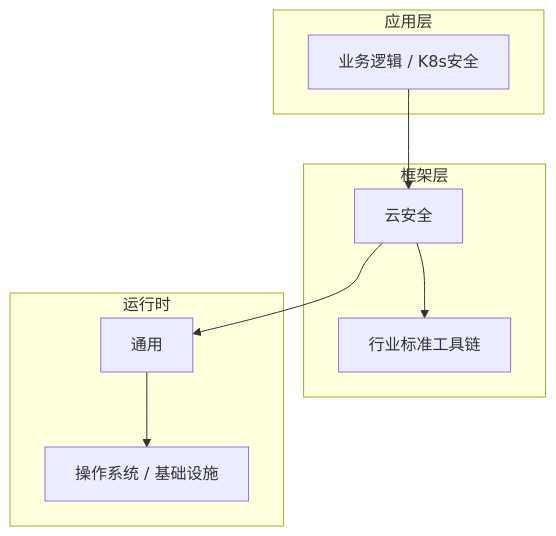
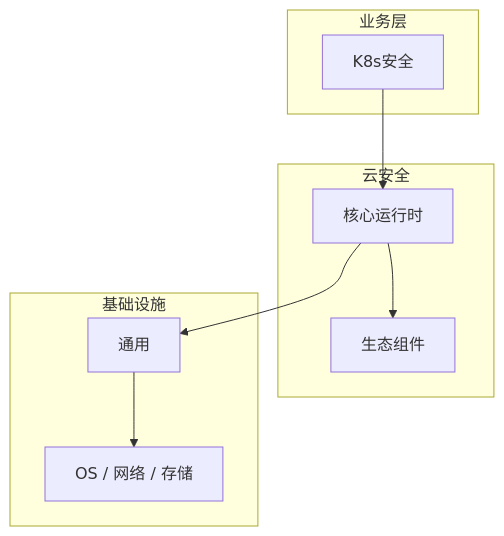
Before and after one commit to yanggan2015/knowledge-json-v2: the diagram in articles/云安全/chapters/037-K8s安全核心概念与原理.md, drawn with Mermaid. The commit also changed other lines of this file and 10127 other files, not shown here.

````diff
--- a/articles/云安全/chapters/037-K8s安全核心概念与原理.md
+++ b/articles/云安全/chapters/037-K8s安全核心概念与原理.md
@@ -46,18 +31,18 @@
 ```mermaid
 graph TB
-    subgraph 应用层
-        A[业务逻辑 / K8s安全]
+    subgraph 业务层
+        A[K8s安全]
     end
-    subgraph 框架层
-        B[云安全]
-        C[行业标准工具链]
+    subgraph 云安全
+        B[核心运行时]
+        C[生态组件]
     end
-    subgraph 运行时
+    subgraph 基础设施
         D[通用]
-        E[操作系统 / 基础设施]
+        E[OS / 网络 / 存储]
     end
     A --> B
     B --> C
     B --> D
     D --> E
 ```
````
